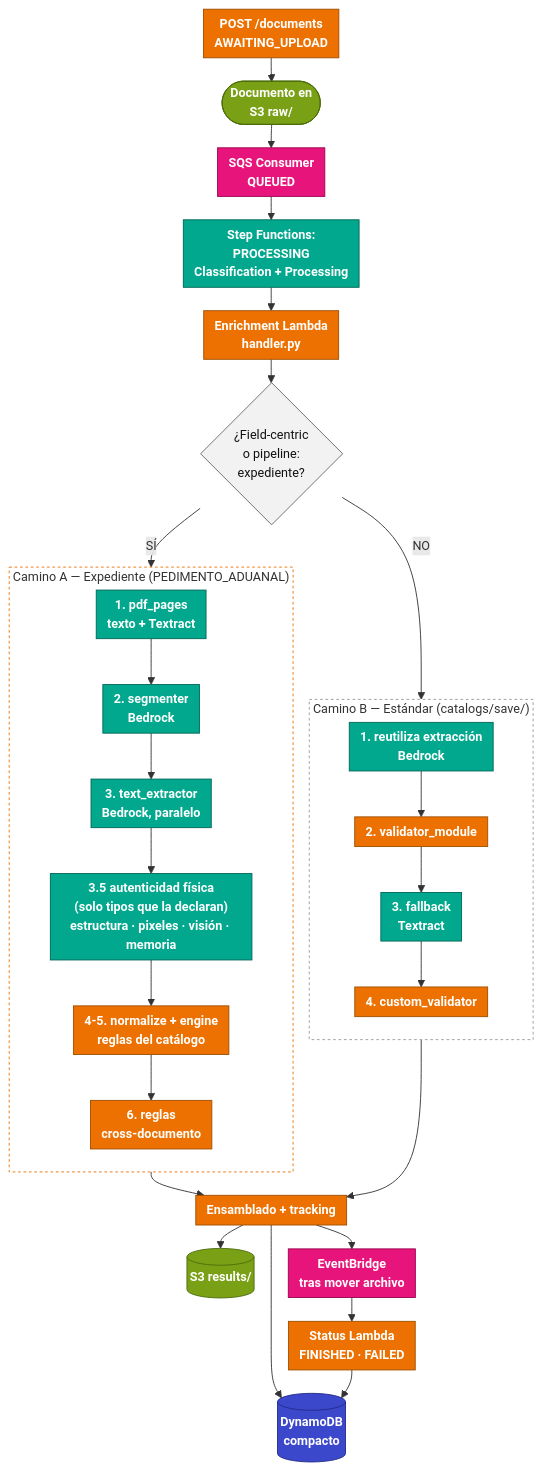
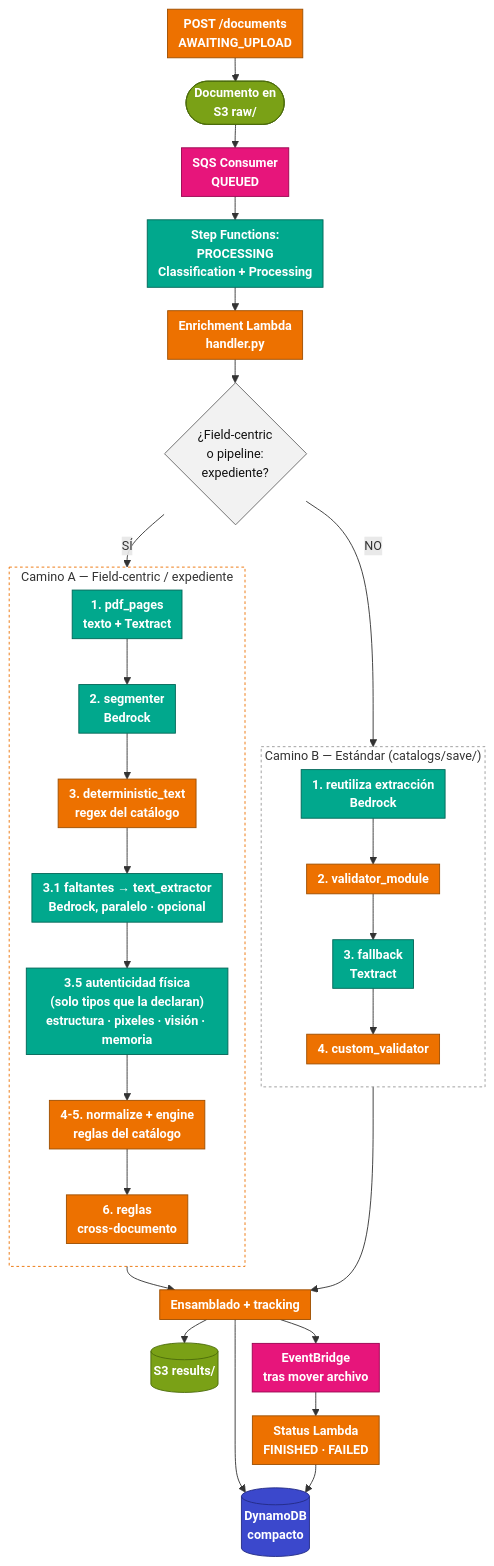
One commit to LuisHM5/idp changed the diagram in documentacion/diagrams/flujo-ejecucion.mmd. Above: the diagram before and after it, drawn with Mermaid. The commit also changed 19 other files, not shown here.

Commit message:
feat: add deterministic extraction for PEDIMENTO_ERP

```diff
--- a/documentacion/diagrams/flujo-ejecucion.mmd
+++ b/documentacion/diagrams/flujo-ejecucion.mmd
@@ -1,49 +1,50 @@
 %%{init: {'flowchart': {'nodeSpacing': 18, 'rankSpacing': 26, 'padding': 6, 'curve': 'basis'}, 'themeVariables': {'fontSize': '14px'}}}%%
 flowchart TD
     REGISTER["POST /documents<br/>AWAITING_UPLOAD"]:::compute --> START(["Documento en<br/>S3 raw/"]):::storage
     START --> QUEUE["SQS Consumer<br/>QUEUED"]:::integration
     QUEUE --> SFNPRE["Step Functions:<br/>PROCESSING<br/>Classification + Processing"]:::ml
     SFNPRE --> H["Enrichment Lambda<br/>handler.py"]:::compute
     H --> DEC{"¿Field-centric<br/>o pipeline:<br/>expediente?"}:::decision
 
     DEC -->|"SÍ"| CAMINOA
     DEC -->|"NO"| CAMINOB
 
-    subgraph CAMINOA["Camino A — Expediente (PEDIMENTO_ADUANAL)"]
+    subgraph CAMINOA["Camino A — Field-centric / expediente"]
         direction TB
         P1["1. pdf_pages<br/>texto + Textract"]:::ml
         P2["2. segmenter<br/>Bedrock"]:::ml
-        P3["3. text_extractor<br/>Bedrock, paralelo"]:::ml
+        P3["3. deterministic_text<br/>regex del catálogo"]:::compute
+        P31["3.1 faltantes → text_extractor<br/>Bedrock, paralelo · opcional"]:::ml
         P35["3.5 autenticidad física<br/>(solo tipos que la declaran)<br/>estructura · pixeles · visión · memoria"]:::ml
         P4["4-5. normalize + engine<br/>reglas del catálogo"]:::compute
         P6["6. reglas<br/>cross-documento"]:::compute
-        P1 --> P2 --> P3 --> P35 --> P4 --> P6
+        P1 --> P2 --> P3 --> P31 --> P35 --> P4 --> P6
     end
 
     subgraph CAMINOB["Camino B — Estándar (catalogs/save/)"]
         direction TB
         S1["1. reutiliza extracción<br/>Bedrock"]:::ml
         S2["2. validator_module"]:::compute
         S3["3. fallback<br/>Textract"]:::ml
         S4["4. custom_validator"]:::compute
         S1 --> S2 --> S3 --> S4
     end
 
     CAMINOA --> ASM
     CAMINOB --> ASM["Ensamblado + tracking"]:::compute
 
     ASM --> S3R[("S3 results/")]:::storage
     ASM --> DDB[("DynamoDB<br/>compacto")]:::database
     ASM --> EB["EventBridge<br/>tras mover archivo"]:::integration
     EB --> TERMINAL["Status Lambda<br/>FINISHED · FAILED"]:::compute
     TERMINAL --> DDB
 
     classDef compute fill:#ED7100,stroke:#9D4E00,color:#fff,font-weight:bold
     classDef storage fill:#7AA116,stroke:#4B6B0B,color:#fff,font-weight:bold
     classDef database fill:#3B48CC,stroke:#232B85,color:#fff,font-weight:bold
     classDef integration fill:#E7157B,stroke:#99034F,color:#fff,font-weight:bold
     classDef ml fill:#01A88D,stroke:#016657,color:#fff,font-weight:bold
     classDef decision fill:#F2F2F2,stroke:#666,color:#111
 
     style CAMINOA fill:transparent,stroke:#ED7100,stroke-width:1px,stroke-dasharray: 3 3,color:#333
     style CAMINOB fill:transparent,stroke:#999,stroke-width:1px,stroke-dasharray: 3 3,color:#333
```
